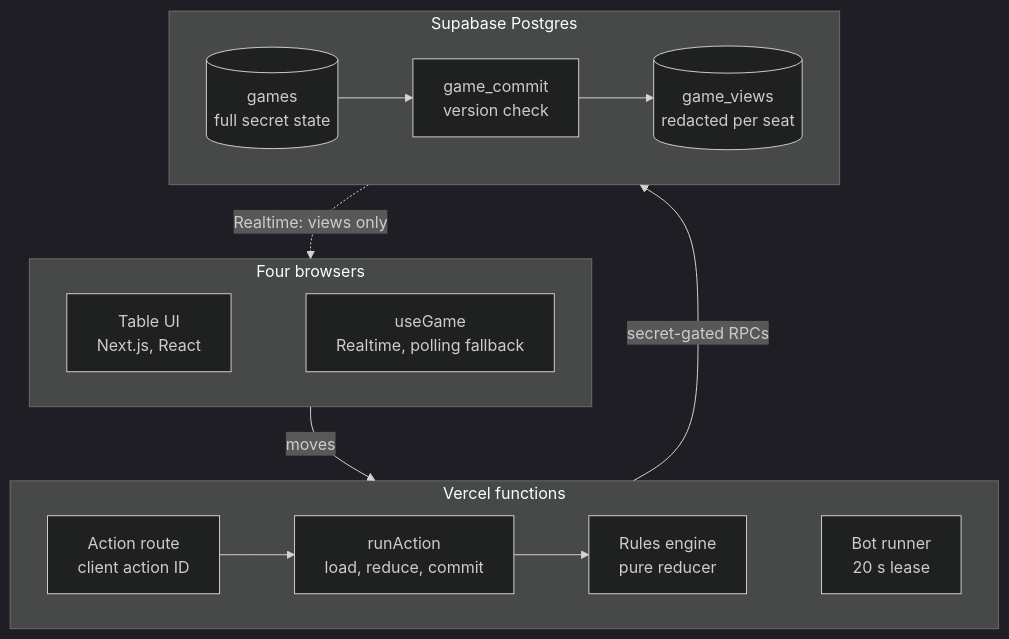
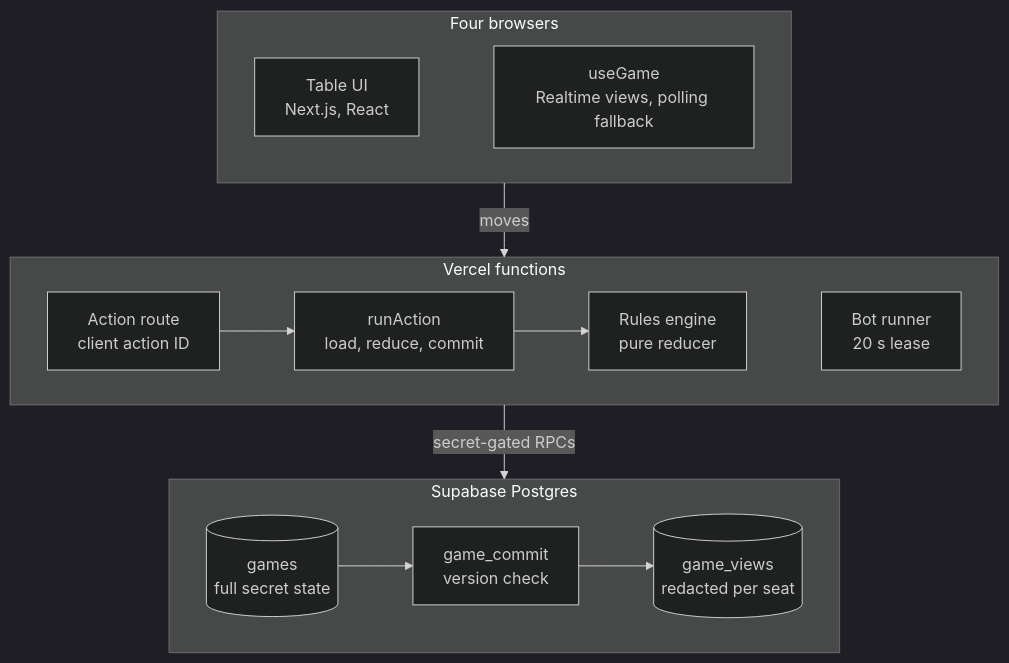
The diagram in README.md (bhnsadhu/cambio), drawn with Mermaid (dark theme) before and after one commit. The commit also changed other lines of this file, not shown here.

Commit message:
docs: README architecture diagram reads top to bottom

````diff
--- a/README.md
+++ b/README.md
@@ -45,19 +45,18 @@
 ```mermaid
 flowchart TD
   subgraph b["Four browsers"]
     direction LR
-    ui["Table UI<br/>Next.js, React"] ~~~ hook["useGame<br/>Realtime, polling fallback"]
+    ui["Table UI<br/>Next.js, React"] ~~~ hook["useGame<br/>Realtime views, polling fallback"]
   end
   subgraph v["Vercel functions"]
     direction LR
     api["Action route<br/>client action ID"] --> store["runAction<br/>load, reduce, commit"] --> engine["Rules engine<br/>pure reducer"]
     engine ~~~ runner["Bot runner<br/>20 s lease"]
   end
   subgraph db["Supabase Postgres"]
     direction LR
     games[("games<br/>full secret state")] --> commit["game_commit<br/>version check"] --> views[("game_views<br/>redacted per seat")]
   end
   b -->|"moves"| v
   v -->|"secret-gated RPCs"| db
-  db -.->|"Realtime: views only"| b
 ```
````
